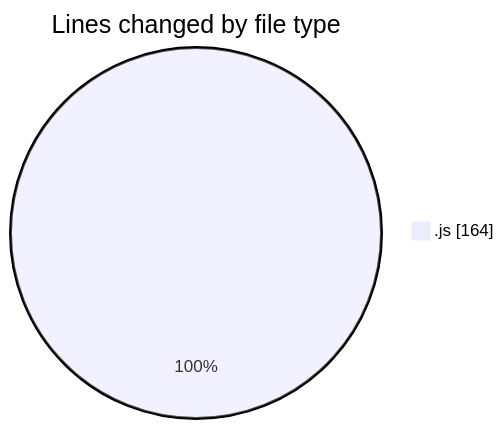
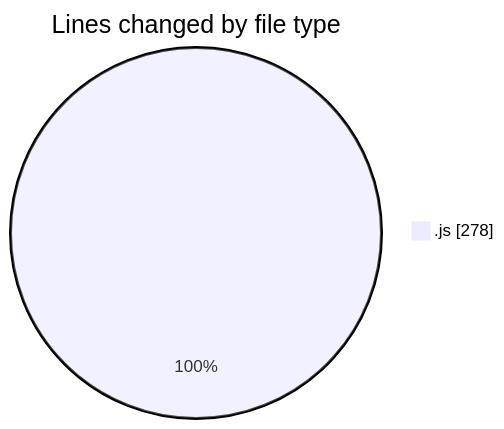
The first of 2 diagrams in 2025-04-04/jsvms/README.md (BS-eng2023/code-tracking), drawn with Mermaid before and after one commit. The commit also changed other lines of this file and 1 other file, not shown here.

````diff
--- a/2025-04-04/jsvms/README.md
+++ b/2025-04-04/jsvms/README.md
@@ -21,5 +22,5 @@
 ```mermaid
 pie showData
 title Lines changed by file type
-".js" : 164
+".js" : 278
 ```
````
